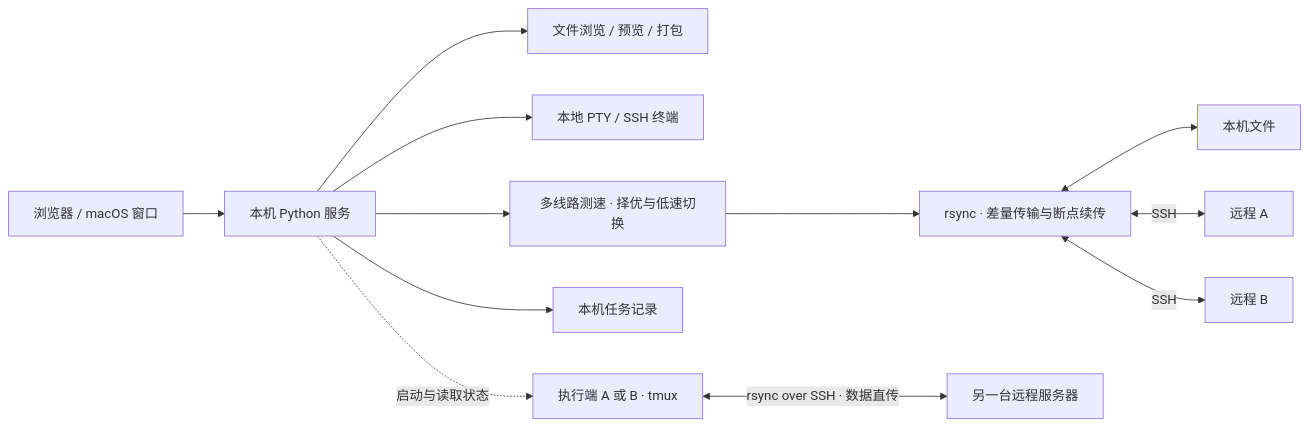
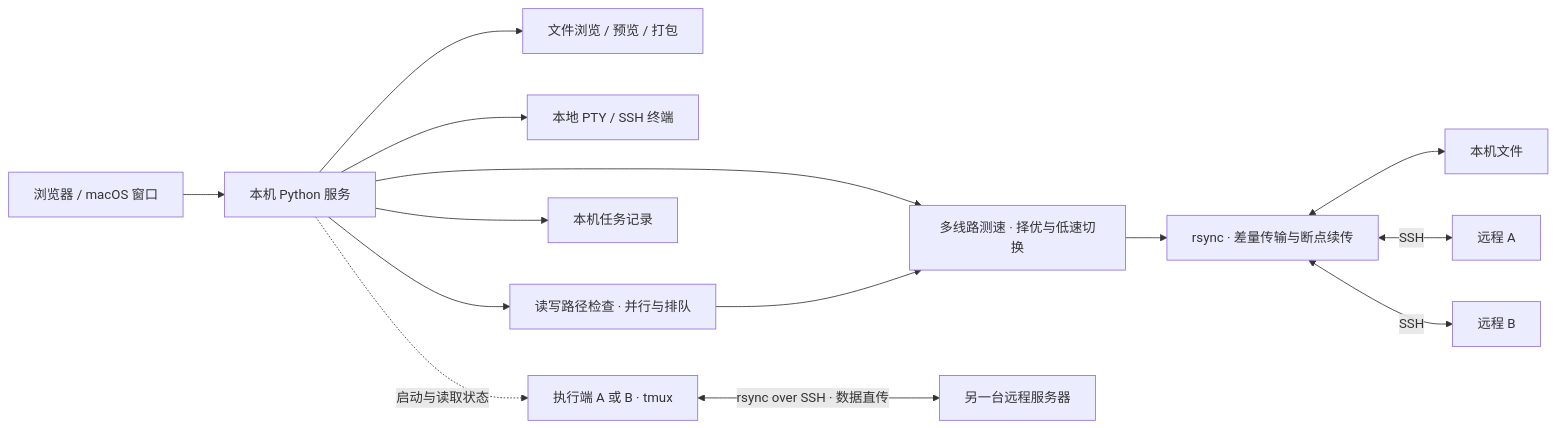
Before and after one commit to aadimao1030/TermiusPlus: the diagram in README.md, drawn with Mermaid. The commit also changed other lines of this file and 9 other files, not shown here.

````diff
--- a/README.md
+++ b/README.md
@@ -24,14 +25,16 @@
 ```mermaid
 flowchart LR
     UI[浏览器 / macOS 窗口] --> API[本机 Python 服务]
     API --> FILES[文件浏览 / 预览 / 打包]
     API --> PTY[本地 PTY / SSH 终端]
     API --> PROBE[多线路测速 · 择优与低速切换]
+    API --> QUEUE[读写路径检查 · 并行与排队]
+    QUEUE --> PROBE
     PROBE --> RSYNC[rsync · 差量传输与断点续传]
     API --> STATE[本机任务记录]
     RSYNC <--> MAC[本机文件]
     RSYNC <-->|SSH| A[远程 A]
     RSYNC <-->|SSH| B[远程 B]
     API -.启动与读取状态.-> TMUX[执行端 A 或 B · tmux]
     TMUX <-->|rsync over SSH · 数据直传| PEER[另一台远程服务器]
 ```
````
